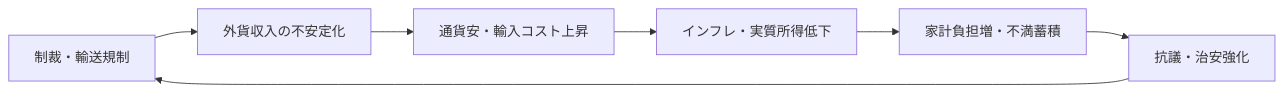
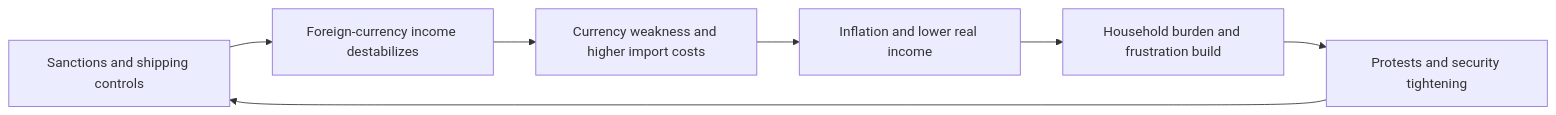
One commit to daylight55/research changed the second of 3 diagrams in content/blog/en/iran-nuclear-sanctions-proxies.mdx. Above: the diagram before and after it, drawn with Mermaid. The commit also changed other lines of this file and 26 other files, not shown here.

Commit message:
Translate English Mermaid labels

````diff
--- a/content/blog/en/iran-nuclear-sanctions-proxies.mdx
+++ b/content/blog/en/iran-nuclear-sanctions-proxies.mdx
@@ -86,9 +86,9 @@
 ```mermaid
 flowchart LR
-    A[制裁・輸送規制] --> B[外貨収入の不安定化]
-    B --> C[通貨安・輸入コスト上昇]
-    C --> D[インフレ・実質所得低下]
-    D --> E[家計負担増・不満蓄積]
-    E --> F[抗議・治安強化]
+    A[Sanctions and shipping controls] --> B[Foreign-currency income destabilizes]
+    B --> C[Currency weakness and higher import costs]
+    C --> D[Inflation and lower real income]
+    D --> E[Household burden and frustration build]
+    E --> F[Protests and security tightening]
     F --> A
 ```
````
